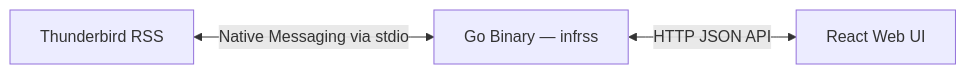
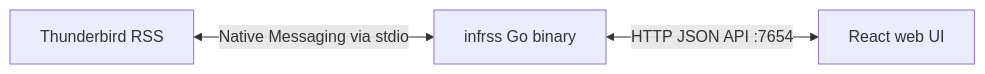
Before and after one commit to AwesomeDog/infinite-rss-reader: the first of 2 diagrams in README.md, drawn with Mermaid. The commit also changed other lines of this file, not shown here.

````diff
--- a/README.md
+++ b/README.md
@@ -154,5 +246,5 @@
 ```mermaid
 graph LR
-    TB[Thunderbird RSS] <-->|Native Messaging via stdio| Go[Go Binary — infrss]
-    Go <-->|HTTP JSON API| Web[React Web UI]
+    TB[Thunderbird RSS] <-->|Native Messaging via stdio| Go[infrss Go binary]
+    Go <-->|HTTP JSON API :7654| Web[React web UI]
 ```
````
